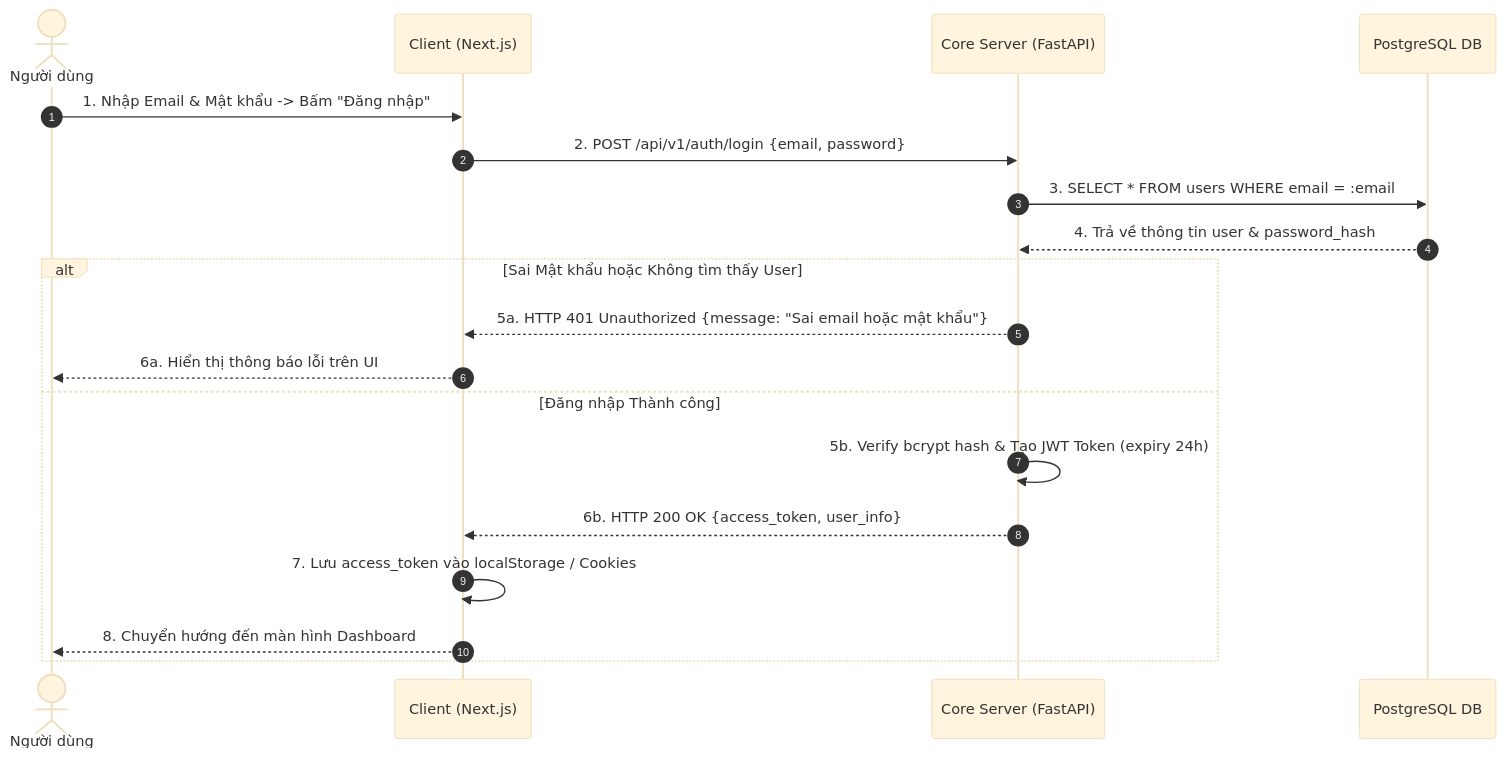
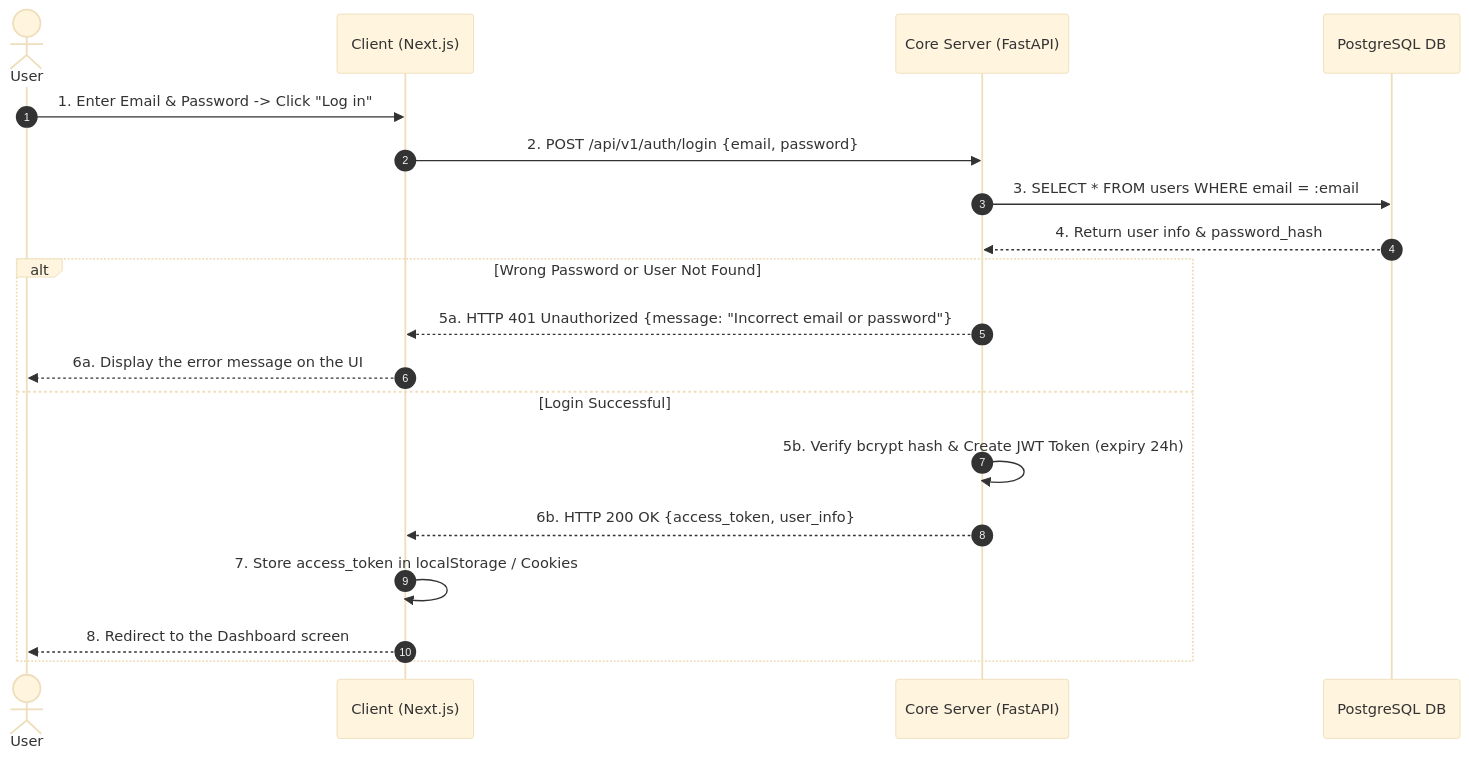
Before and after one commit to pie-12/budgetly: the first of 4 diagrams in docs/architecture/SEQUENCE_DIAGRAMS.md, drawn with Mermaid (base theme). The commit also changed other lines of this file and 10 other files, not shown here.

````diff
--- a/docs/architecture/SEQUENCE_DIAGRAMS.md
+++ b/docs/architecture/SEQUENCE_DIAGRAMS.md
@@ -11,23 +11,23 @@
 ```mermaid
 sequenceDiagram
     autonumber
-    actor User as Người dùng
+    actor User as User
     participant Client as Client (Next.js)
     participant Server as Core Server (FastAPI)
     participant DB as PostgreSQL DB
 
-    User->>Client: 1. Nhập Email & Mật khẩu -> Bấm "Đăng nhập"
+    User->>Client: 1. Enter Email & Password -> Click "Log in"
     Client->>Server: 2. POST /api/v1/auth/login {email, password}
     Server->>DB: 3. SELECT * FROM users WHERE email = :email
-    DB-->>Server: 4. Trả về thông tin user & password_hash
+    DB-->>Server: 4. Return user info & password_hash
     
-    alt Sai Mật khẩu hoặc Không tìm thấy User
-        Server-->>Client: 5a. HTTP 401 Unauthorized {message: "Sai email hoặc mật khẩu"}
-        Client-->>User: 6a. Hiển thị thông báo lỗi trên UI
-    else Đăng nhập Thành công
-        Server->>Server: 5b. Verify bcrypt hash & Tạo JWT Token (expiry 24h)
+    alt Wrong Password or User Not Found
+        Server-->>Client: 5a. HTTP 401 Unauthorized {message: "Incorrect email or password"}
+        Client-->>User: 6a. Display the error message on the UI
+    else Login Successful
+        Server->>Server: 5b. Verify bcrypt hash & Create JWT Token (expiry 24h)
         Server-->>Client: 6b. HTTP 200 OK {access_token, user_info}
-        Client->>Client: 7. Lưu access_token vào localStorage / Cookies
-        Client-->>User: 8. Chuyển hướng đến màn hình Dashboard
+        Client->>Client: 7. Store access_token in localStorage / Cookies
+        Client-->>User: 8. Redirect to the Dashboard screen
     end
 ```
````
